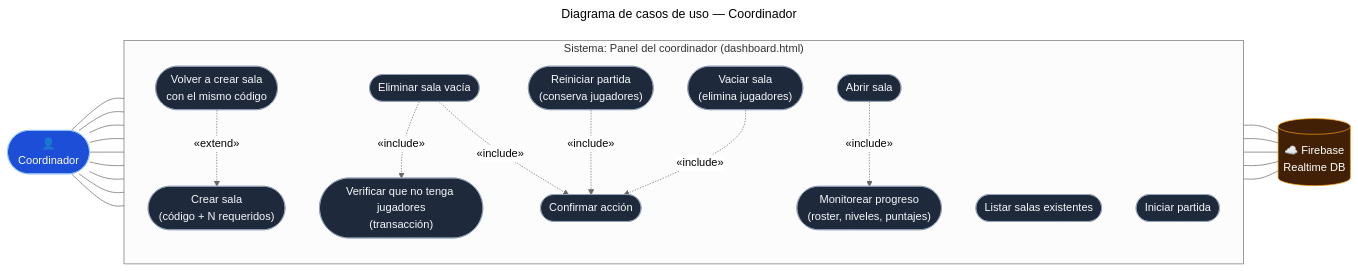
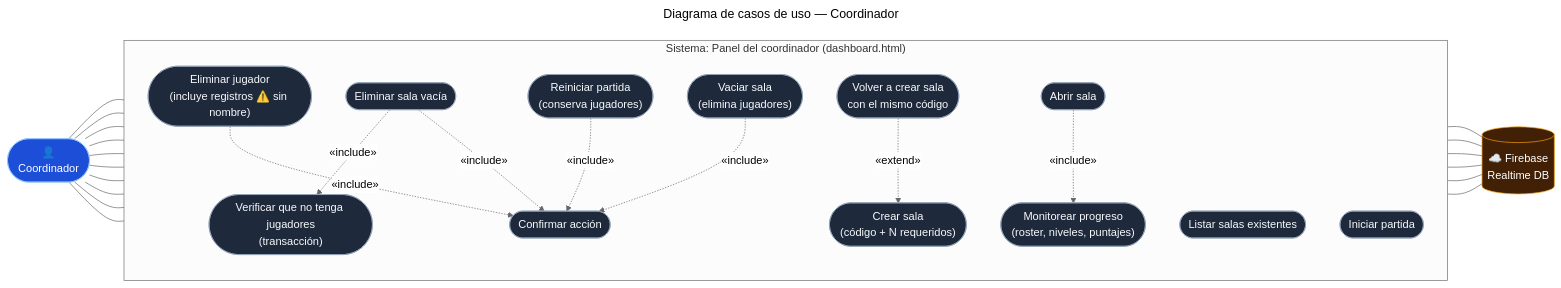
The diagram in docs/diagramas/fuentes/04b-casos-de-uso-coordinador.mmd (morphine75/escape_room), drawn with Mermaid (neutral theme) before and after one commit. The commit also changed 10 other files, not shown here.

```diff
--- a/docs/diagramas/fuentes/04b-casos-de-uso-coordinador.mmd
+++ b/docs/diagramas/fuentes/04b-casos-de-uso-coordinador.mmd
@@ -1,38 +1,40 @@
 ---
 title: Diagrama de casos de uso — Coordinador
 ---
 flowchart LR
   C(["👤<br/>Coordinador"])
 
   subgraph S["Sistema: Panel del coordinador (dashboard.html)"]
     direction TB
     U1(["Crear sala<br/>(código + N requeridos)"])
     U2(["Listar salas existentes"])
     U3(["Abrir sala"])
     U4(["Eliminar sala vacía"])
     U4a(["Verificar que no tenga jugadores<br/>(transacción)"])
     U5(["Volver a crear sala<br/>con el mismo código"])
     U6(["Iniciar partida"])
     U7(["Monitorear progreso<br/>(roster, niveles, puntajes)"])
     U8(["Reiniciar partida<br/>(conserva jugadores)"])
     U9(["Vaciar sala<br/>(elimina jugadores)"])
     U10(["Confirmar acción"])
+    U11(["Eliminar jugador<br/>(incluye registros ⚠️ sin nombre)"])
   end
 
   FB[("☁️ Firebase<br/>Realtime DB")]
 
-  C --- U1 & U2 & U3 & U4 & U5 & U6 & U7 & U8 & U9
+  C --- U1 & U2 & U3 & U4 & U5 & U6 & U7 & U8 & U9 & U11
+  U11 -. "«include»" .-> U10
   U4 -. "«include»" .-> U4a
   U4 -. "«include»" .-> U10
   U8 -. "«include»" .-> U10
   U9 -. "«include»" .-> U10
   U5 -. "«extend»" .-> U1
   U3 -. "«include»" .-> U7
-  U1 & U4 & U6 & U8 & U9 --- FB
+  U1 & U4 & U6 & U8 & U9 & U11 --- FB
 
   classDef actor fill:#1d4ed8,stroke:#93c5fd,color:#fff
   classDef uc fill:#1e293b,stroke:#94a3b8,color:#f8fafc
   classDef db fill:#422006,stroke:#f59e0b,color:#fff
   class C actor
   class FB db
-  class U1,U2,U3,U4,U4a,U5,U6,U7,U8,U9,U10 uc
+  class U1,U2,U3,U4,U4a,U5,U6,U7,U8,U9,U10,U11 uc
```
